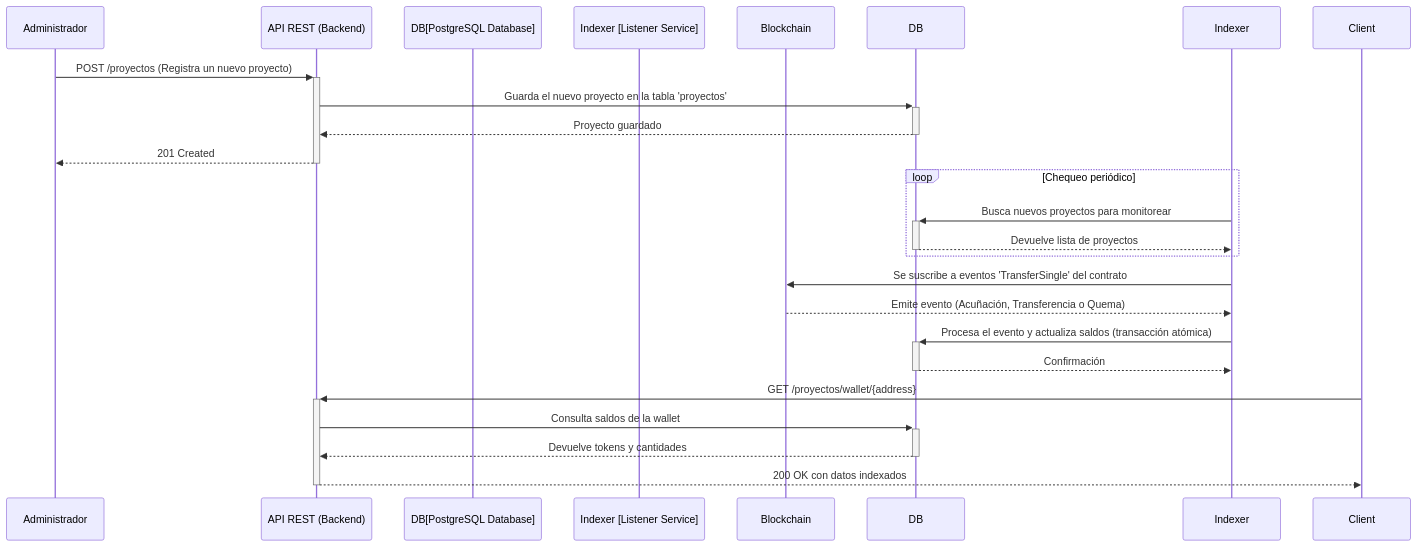
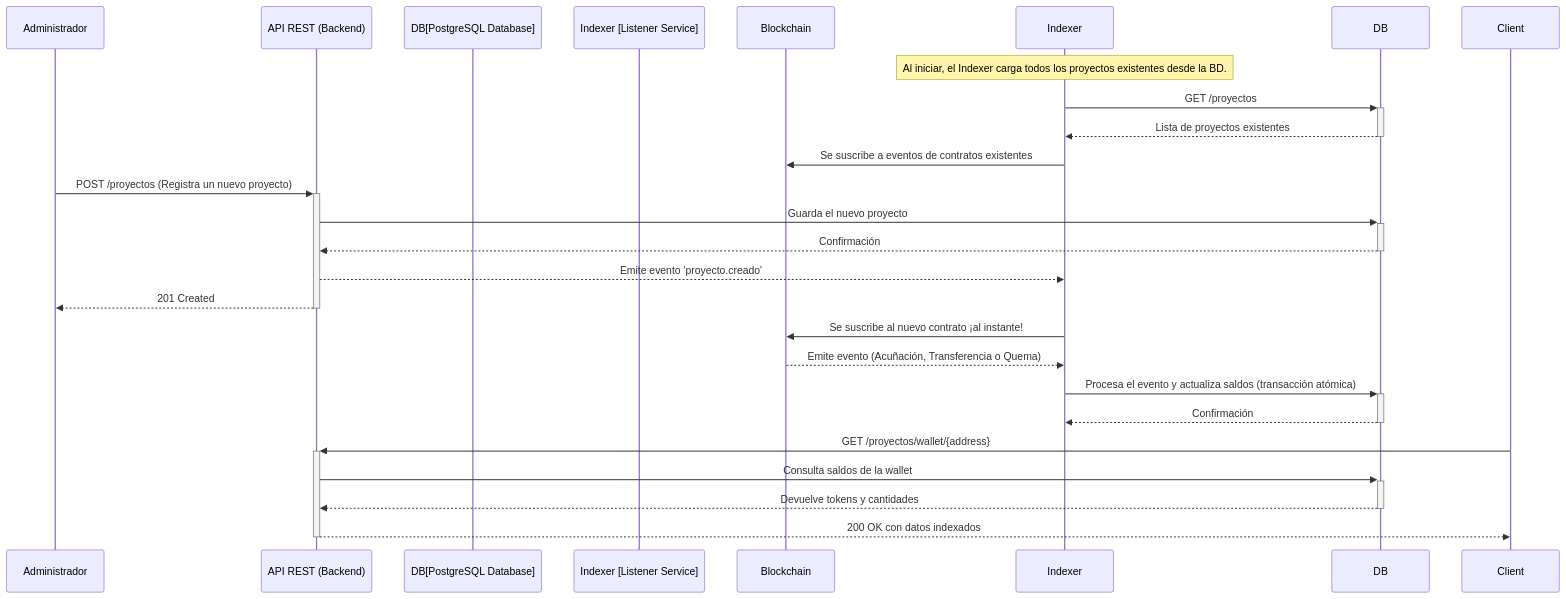
One commit to ecolab-web3/latin-hack-project changed the diagram in README_BACKEND.md. Above: the diagram before and after it, drawn with Mermaid. The commit also changed other lines of this file and 7 other files, not shown here.

First line of the commit message:
refactor(listener): Adopta arquitectura basada en eventos para escalabilidad

````diff
--- a/README_BACKEND.md
+++ b/README_BACKEND.md
@@ -19,29 +19,29 @@
 ```mermaid
 sequenceDiagram
     participant Admin as Administrador
     participant API_Principal as API REST (Backend)
     participant DB[PostgreSQL Database]
     participant Indexer [Listener Service]
     participant Blockchain
 
+    Note over Indexer: Al iniciar, el Indexer carga todos los proyectos existentes desde la BD.
+    Indexer->>+DB: GET /proyectos
+    DB-->>-Indexer: Lista de proyectos existentes
+    Indexer->>Blockchain: Se suscribe a eventos de contratos existentes
+
     Admin->>+API_Principal: POST /proyectos (Registra un nuevo proyecto)
-    API_Principal->>+DB: Guarda el nuevo proyecto en la tabla 'proyectos'
-    DB-->>-API_Principal: Proyecto guardado
+    API_Principal->>+DB: Guarda el nuevo proyecto
+    DB-->>-API_Principal: Confirmación
+    API_Principal-->>Indexer: Emite evento 'proyecto.creado'
     API_Principal-->>-Admin: 201 Created
-
-    loop Chequeo periódico
-        Indexer->>+DB: Busca nuevos proyectos para monitorear
-        DB-->>-Indexer: Devuelve lista de proyectos
-    end
-
-    Indexer->>Blockchain: Se suscribe a eventos 'TransferSingle' del contrato
+    Indexer->>Blockchain: Se suscribe al nuevo contrato ¡al instante!
 
     Blockchain-->>Indexer: Emite evento (Acuñación, Transferencia o Quema)
     Indexer->>+DB: Procesa el evento y actualiza saldos (transacción atómica)
     DB-->>-Indexer: Confirmación
 
     Client->>+API_Principal: GET /proyectos/wallet/{address}
     API_Principal->>+DB: Consulta saldos de la wallet
     DB-->>-API_Principal: Devuelve tokens y cantidades
     API_Principal-->>-Client: 200 OK con datos indexados
 ```
````
